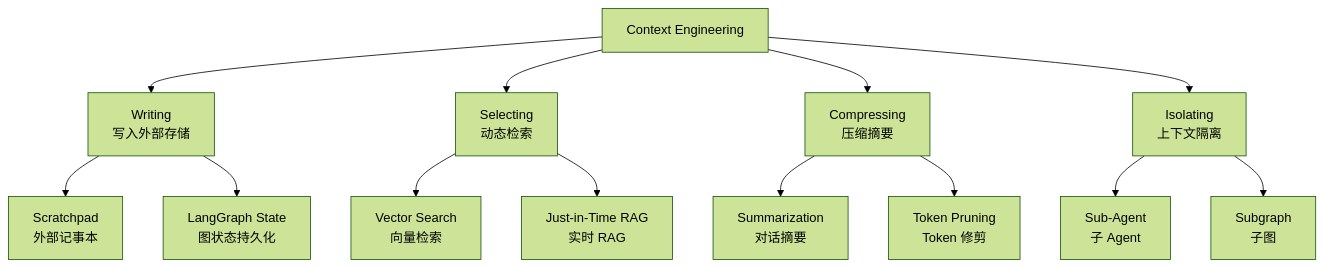
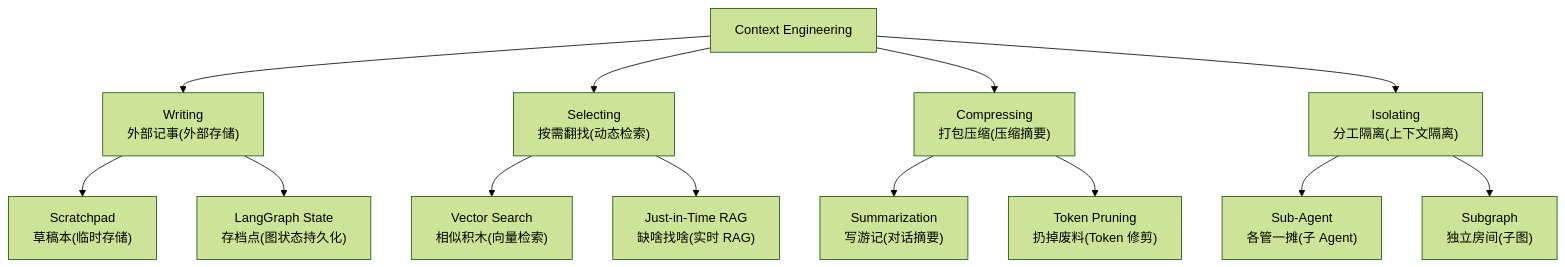
One commit to ThreeFish-AI/agentic-ai-cognizes changed the fifth of 7 diagrams in docs/research/010-context-engineering.md. Above: the diagram before and after it, drawn with Mermaid (forest theme). The commit also changed other lines of this file, not shown here.

````diff
--- a/docs/research/010-context-engineering.md
+++ b/docs/research/010-context-engineering.md
@@ -608,19 +633,19 @@
 ```mermaid
 graph TD
-    CE[Context Engineering] --> W[Writing<br>写入外部存储]
-    CE --> S[Selecting<br>动态检索]
-    CE --> C[Compressing<br>压缩摘要]
-    CE --> I[Isolating<br>上下文隔离]
+    CE[Context Engineering] --> W["Writing<br>外部记事(外部存储)"]
+    CE --> S["Selecting<br>按需翻找(动态检索)"]
+    CE --> C["Compressing<br>打包压缩(压缩摘要)"]
+    CE --> I["Isolating<br>分工隔离(上下文隔离)"]
 
-    W --> W1["Scratchpad<br>外部记事本"]
-    W --> W2["LangGraph State<br>图状态持久化"]
+    W --> W1["Scratchpad<br>草稿本(临时存储)"]
+    W --> W2["LangGraph State<br>存档点(图状态持久化)"]
 
-    S --> S1["Vector Search<br>向量检索"]
-    S --> S2["Just-in-Time RAG<br>实时 RAG"]
+    S --> S1["Vector Search<br>相似积木(向量检索)"]
+    S --> S2["Just-in-Time RAG<br>缺啥找啥(实时 RAG)"]
 
-    C --> C1["Summarization<br>对话摘要"]
-    C --> C2["Token Pruning<br>Token 修剪"]
+    C --> C1["Summarization<br>写游记(对话摘要)"]
+    C --> C2["Token Pruning<br>扔掉废料(Token 修剪)"]
 
-    I --> I1["Sub-Agent<br>子 Agent"]
-    I --> I2["Subgraph<br>子图"]
+    I --> I1["Sub-Agent<br>各管一摊(子 Agent)"]
+    I --> I2["Subgraph<br>独立房间(子图)"]
 ```
````
